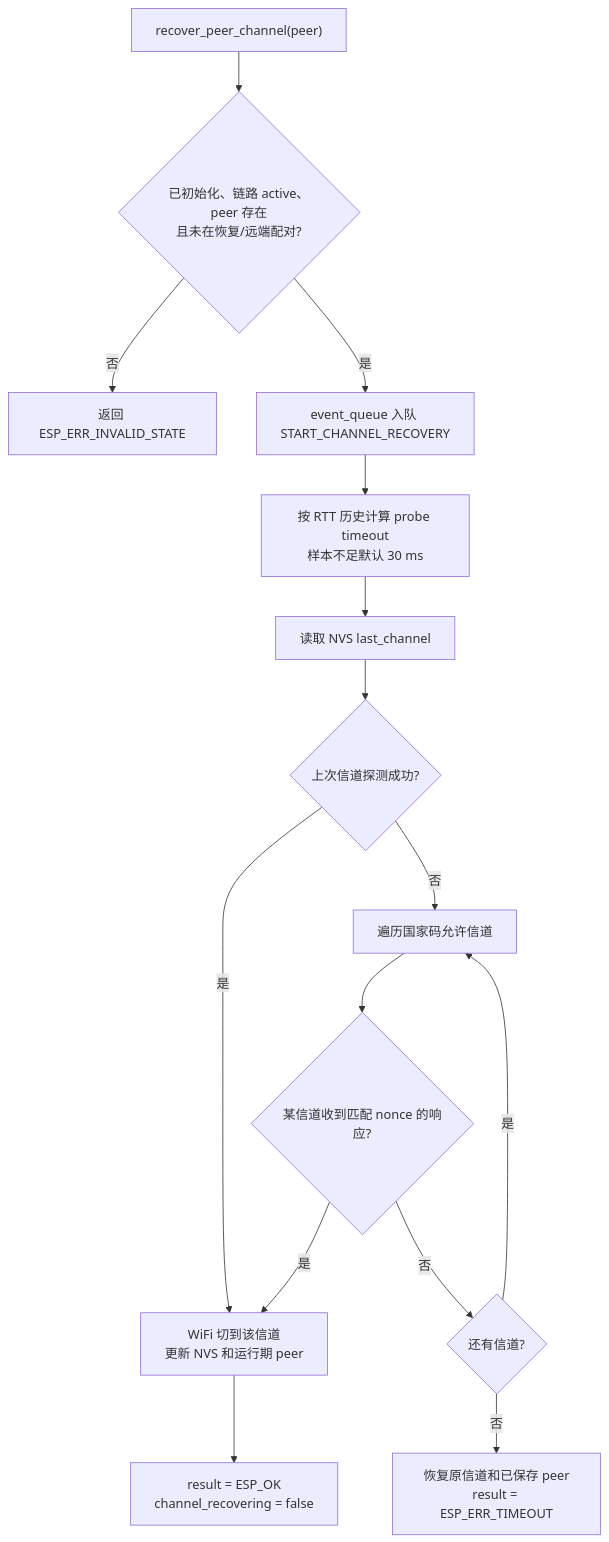
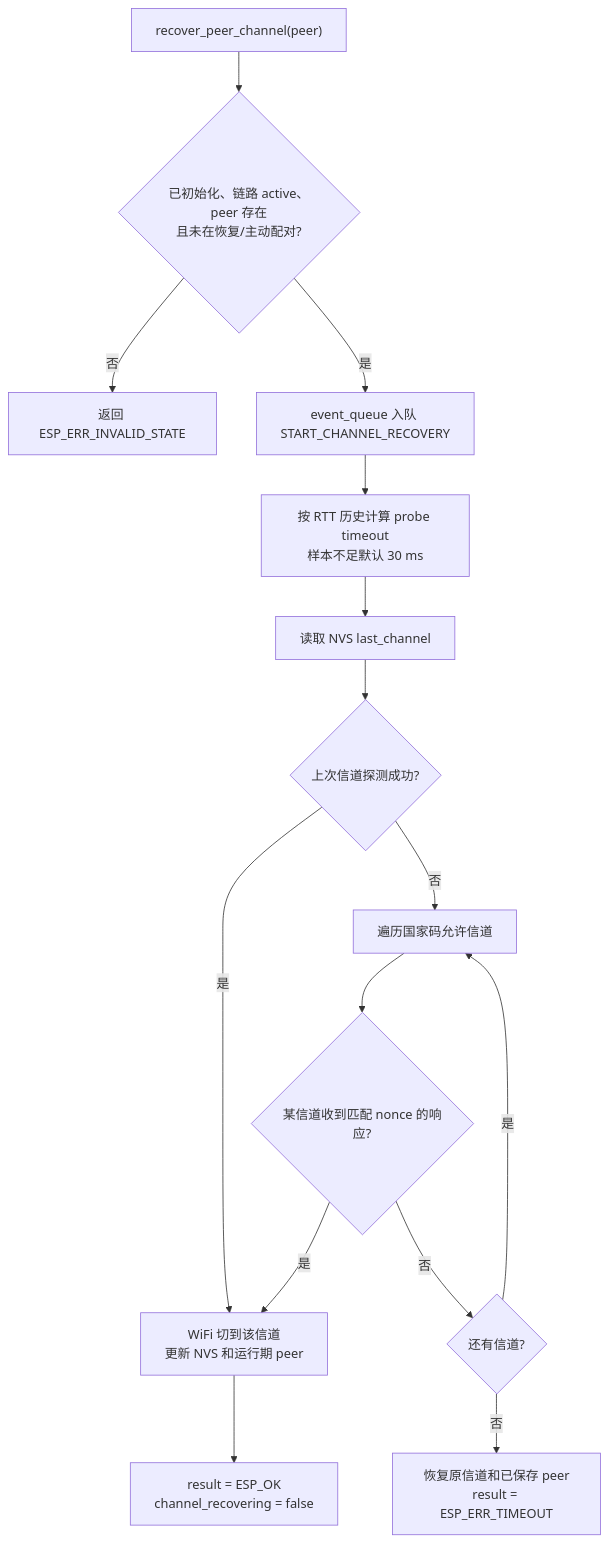
One commit to qingmeijiupiao/Wireless_power_meter_lite changed the eighth of 9 diagrams in components/middleware/espnow_link/README.md. Above: the diagram before and after it, drawn with Mermaid. The commit also changed other lines of this file and 16 other files, not shown here.

````diff
--- a/components/middleware/espnow_link/README.md
+++ b/components/middleware/espnow_link/README.md
@@ -319,17 +318,17 @@
 ```mermaid
 flowchart TD
-    A["recover_peer_channel(peer)"] --> B{"已初始化、链路 active、peer 存在<br/>且未在恢复/远端配对?"}
+    A["recover_peer_channel(peer)"] --> B{"已初始化、链路 active、peer 存在<br/>且未在恢复/主动配对?"}
     B -- 否 --> C["返回 ESP_ERR_INVALID_STATE"]
     B -- 是 --> D["event_queue 入队 START_CHANNEL_RECOVERY"]
     D --> E["按 RTT 历史计算 probe timeout<br/>样本不足默认 30 ms"]
     E --> F["读取 NVS last_channel"]
     F --> G{"上次信道探测成功?"}
     G -- 是 --> H["WiFi 切到该信道<br/>更新 NVS 和运行期 peer"]
     G -- 否 --> I["遍历国家码允许信道"]
     I --> J{"某信道收到匹配 nonce 的响应?"}
     J -- 是 --> H
     J -- 否 --> K{"还有信道?"}
     K -- 是 --> I
     K -- 否 --> L["恢复原信道和已保存 peer<br/>result = ESP_ERR_TIMEOUT"]
     H --> M["result = ESP_OK<br/>channel_recovering = false"]
 ```
````
